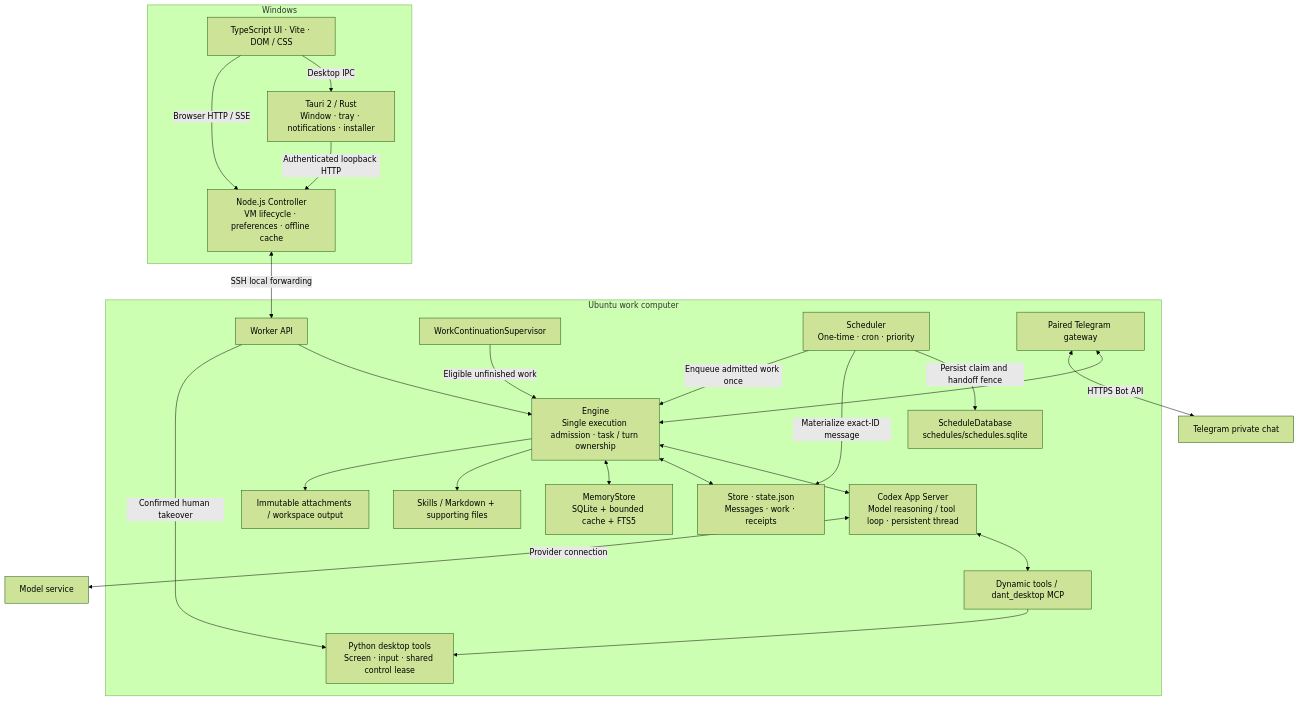
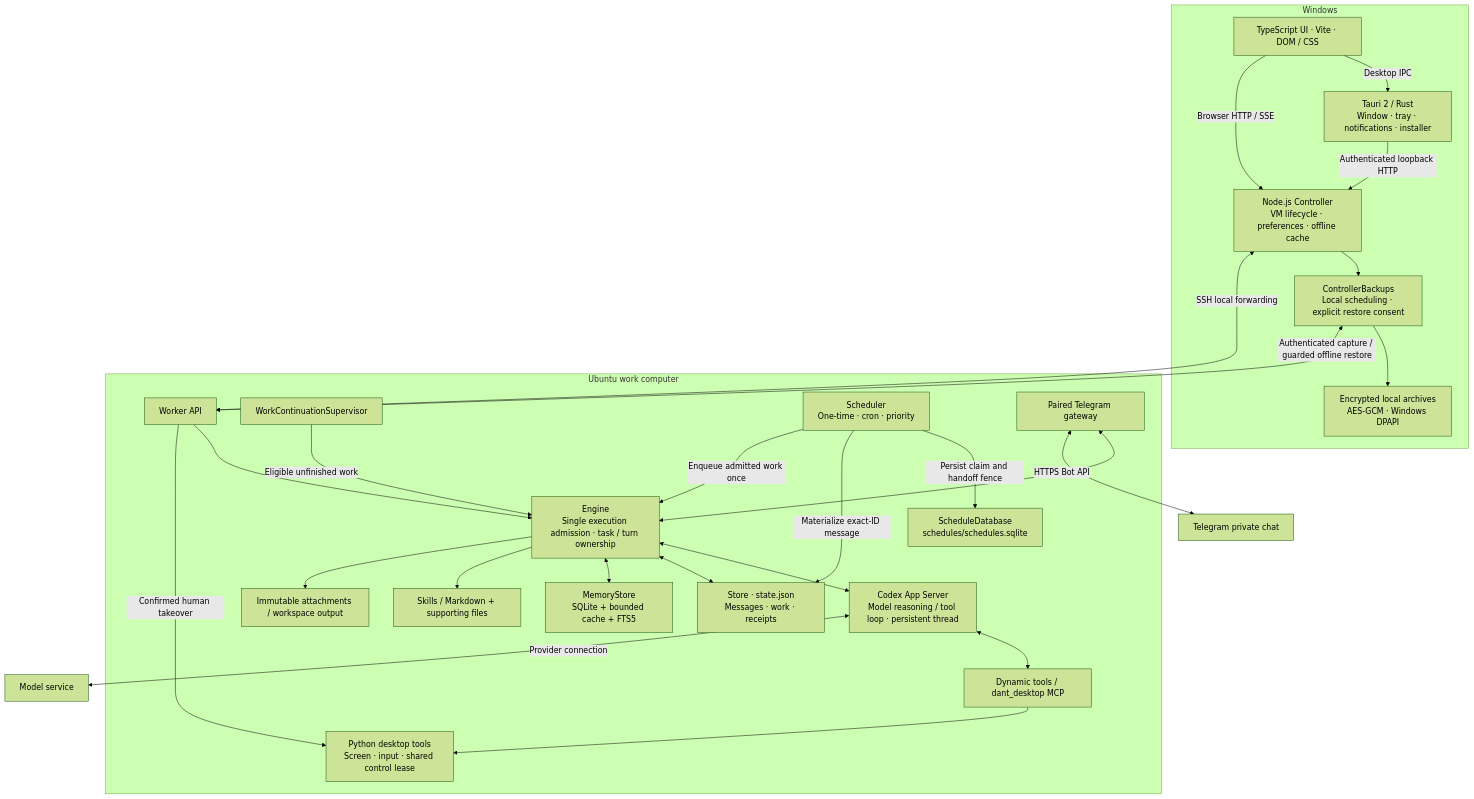
Before and after one commit to Stephen-Sim/dant: the first of 5 diagrams in docs/architecture.md, drawn with Mermaid (forest theme). The commit also changed other lines of this file and 127 other files, not shown here.

````diff
--- a/docs/architecture.md
+++ b/docs/architecture.md
@@ -9,43 +9,48 @@
 ```mermaid
 flowchart TB
   subgraph Windows
     UI[TypeScript UI · Vite · DOM / CSS]
     Native[Tauri 2 / Rust<br/>Window · tray · notifications · installer]
     Controller[Node.js Controller<br/>VM lifecycle · preferences · offline cache]
+    Backups[ControllerBackups<br/>Local scheduling · explicit restore consent]
+    Vault[Encrypted local archives<br/>AES-GCM · Windows DPAPI]
     UI -->|Desktop IPC| Native
     Native -->|Authenticated loopback HTTP| Controller
     UI -->|Browser HTTP / SSE| Controller
+    Controller --> Backups
+    Backups --> Vault
   end
   subgraph Ubuntu work computer
     Worker[Worker API]
     Engine[Engine<br/>Single execution admission · task / turn ownership]
     Heartbeat[WorkContinuationSupervisor]
     Scheduler[Scheduler<br/>One-time · cron · priority]
     Codex[Codex App Server<br/>Model reasoning / tool loop · persistent thread]
     Tools[Dynamic tools / dant_desktop MCP]
     Desktop[Python desktop tools<br/>Screen · input · shared control lease]
     State[Store · state.json<br/>Messages · work · receipts]
     ScheduleDB[ScheduleDatabase<br/>schedules/schedules.sqlite]
     Memory[MemoryStore<br/>SQLite + bounded cache + FTS5]
     Skills[Skills / Markdown + supporting files]
     Files[Immutable attachments / workspace output]
     Telegram[Paired Telegram gateway]
     Worker --> Engine
     Heartbeat -->|Eligible unfinished work| Engine
     Scheduler -->|Persist claim and handoff fence| ScheduleDB
     Scheduler -->|Materialize exact-ID message| State
     Scheduler -->|Enqueue admitted work once| Engine
     Telegram <--> Engine
     Engine <--> Codex
     Codex <--> Tools
     Tools --> Desktop
     Engine <--> State
     Engine <--> Memory
     Engine --> Skills
     Engine --> Files
     Worker -->|Confirmed human takeover| Desktop
   end
   Controller <-->|SSH local forwarding| Worker
+  Backups <-->|Authenticated capture / guarded offline restore| Worker
   Codex <-->|Provider connection| Models[Model service]
   Telegram <-->|HTTPS Bot API| Phone[Telegram private chat]
 ```
````
